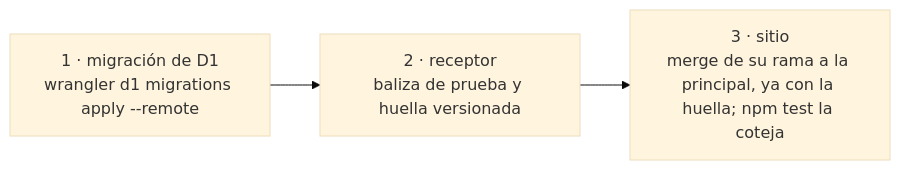
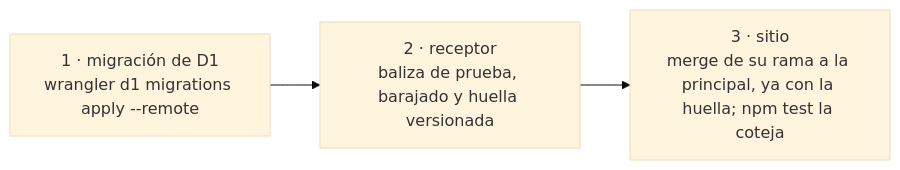
The third of 3 diagrams in _bmad-output/planning-artifacts/architecture/architecture-brainlySabiduria-2026-08-10/ARCHITECTURE-SPINE.md (HectorGlez4/hectorglez4.github.io), drawn with Mermaid (base theme) before and after one commit. The commit also changed other lines of this file and 4 other files, not shown here.

````diff
--- a/_bmad-output/planning-artifacts/architecture/architecture-brainlySabiduria-2026-08-10/ARCHITECTURE-SPINE.md
+++ b/_bmad-output/planning-artifacts/architecture/architecture-brainlySabiduria-2026-08-10/ARCHITECTURE-SPINE.md
@@ -515,5 +544,5 @@
 ```mermaid
 graph LR
-  M["1 · migración de D1<br/>wrangler d1 migrations apply --remote"] --> R["2 · receptor<br/>baliza de prueba y huella versionada"]
+  M["1 · migración de D1<br/>wrangler d1 migrations apply --remote"] --> R["2 · receptor<br/>baliza de prueba, barajado y huella versionada"]
   R --> S["3 · sitio<br/>merge de su rama a la principal, ya con la huella; npm test la coteja"]
 ```
````
